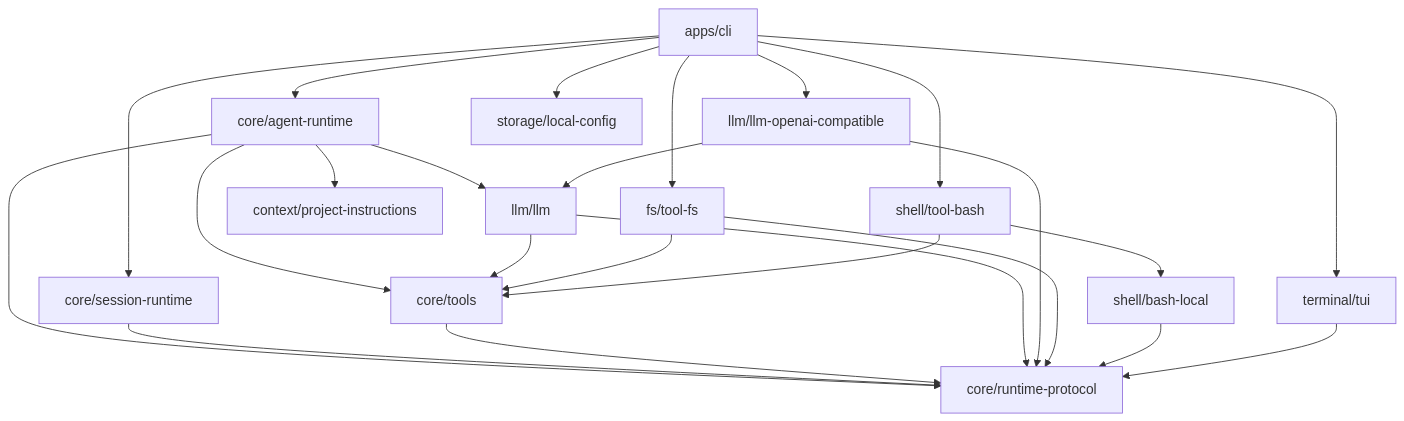
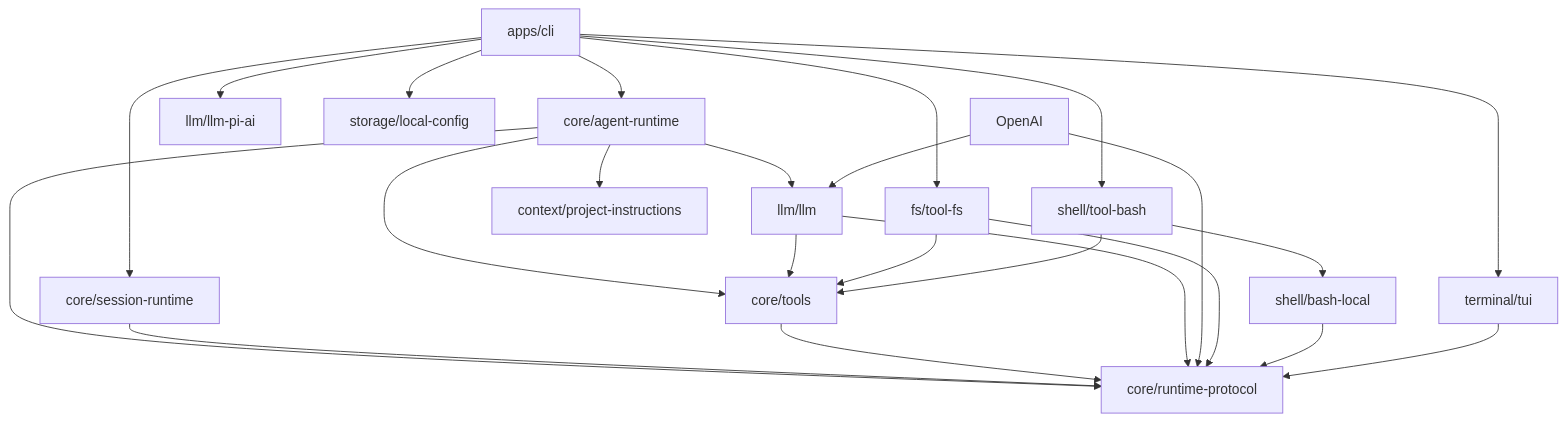
Before and after one commit to hxr223/laoHuangCode: the diagram in docs/superpowers/specs/2026-08-25-workspace-package-architecture-design.md, drawn with Mermaid. The commit also changed other lines of this file and 7 other files, not shown here.

Commit message:
docs: describe pi-ai model architecture

````diff
--- a/docs/superpowers/specs/2026-08-25-workspace-package-architecture-design.md
+++ b/docs/superpowers/specs/2026-08-25-workspace-package-architecture-design.md
@@ -305,40 +311,40 @@
 ```mermaid
 flowchart TD
     CLI[apps/cli]
     Protocol[core/runtime-protocol]
     Agent[core/agent-runtime]
     Session[core/session-runtime]
     Tools[core/tools]
     LLM[llm/llm]
-    OpenAI[llm/llm-openai-compatible]
+    PiAI[llm/llm-pi-ai]
     FileTools[fs/tool-fs]
     BashLocal[shell/bash-local]
     BashTool[shell/tool-bash]
     Instructions[context/project-instructions]
     Config[storage/local-config]
     TUI[terminal/tui]
 
     CLI --> Agent
     CLI --> Session
-    CLI --> OpenAI
+    CLI --> PiAI
     CLI --> FileTools
     CLI --> BashTool
     CLI --> Config
     CLI --> TUI
     Agent --> Protocol
     Agent --> LLM
     Agent --> Tools
     Agent --> Instructions
     Session --> Protocol
     Tools --> Protocol
     LLM --> Protocol
     LLM --> Tools
     OpenAI --> LLM
     OpenAI --> Protocol
     FileTools --> Tools
     FileTools --> Protocol
     BashTool --> Tools
     BashTool --> BashLocal
     BashLocal --> Protocol
     TUI --> Protocol
 ```
````
